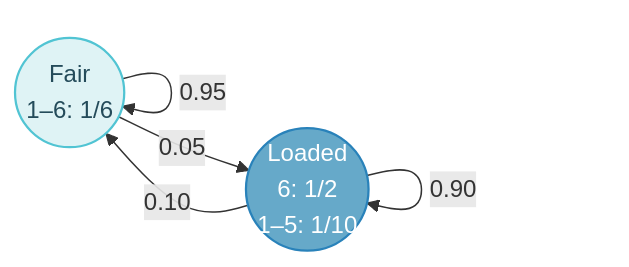
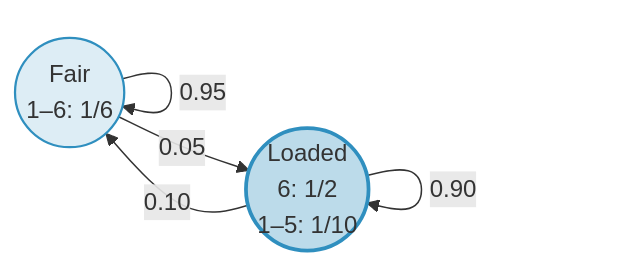
The diagram in docs/guide/3. KU Master's Courses/2. Biological Sequencing Analysis/8. hidden-markov-models.md (Lucas04-nhr/lucas04-nhr.github.io), drawn with Mermaid before and after one commit. The commit also changed other lines of this file and 9 other files, not shown here.

First line of the commit message:
Move article figures to the design-system chart palette

````diff
--- a/docs/guide/3. KU Master's Courses/2. Biological Sequencing Analysis/8. hidden-markov-models.md
+++ b/docs/guide/3. KU Master's Courses/2. Biological Sequencing Analysis/8. hidden-markov-models.md
@@ -66,12 +66,12 @@
 ```mermaid
 flowchart LR
   F(("Fair<br/>1–6: 1/6")) -- "0.05" --> L(("Loaded<br/>6: 1/2<br/>1–5: 1/10"))
   L -- "0.10" --> F
   F -- "0.95" --> F
   L -- "0.90" --> L
 
   class F primary;
   class L accent;
-  classDef accent fill:#66a9c9,stroke:#2982ba,color:#ffffff,stroke-width:1.5px;
-  classDef primary fill:#dff3f5,stroke:#51c4d3,color:#244b5a,stroke-width:1.5px;
+  classDef accent fill:#2f8fbf52,stroke:#2f8fbf,stroke-width:2.5px;
+  classDef primary fill:#2f8fbf29,stroke:#2f8fbf,stroke-width:1.5px;
 ```
````
